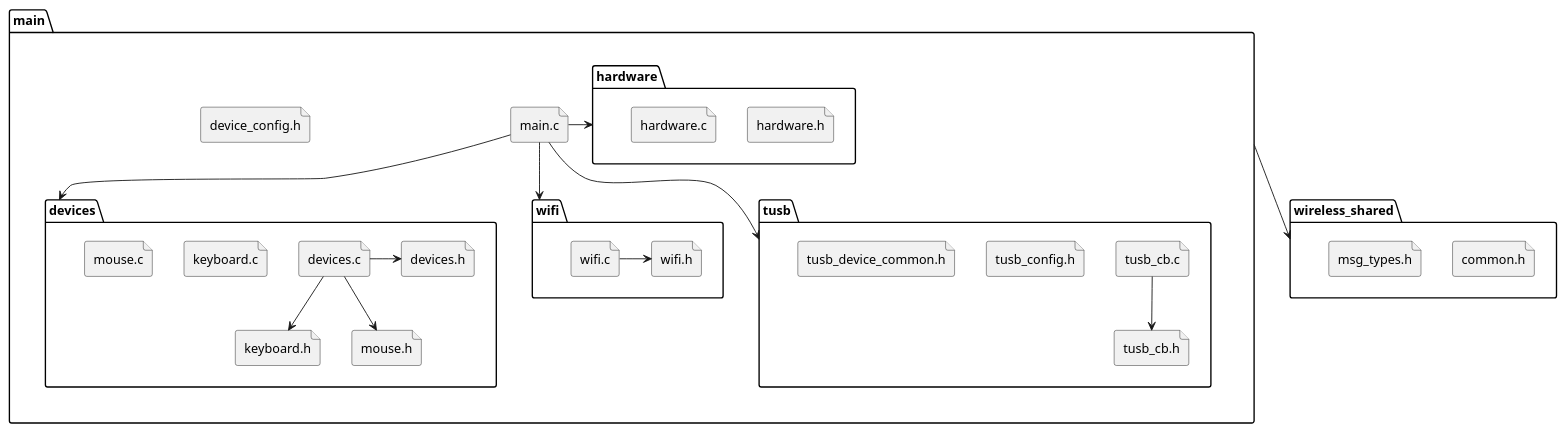
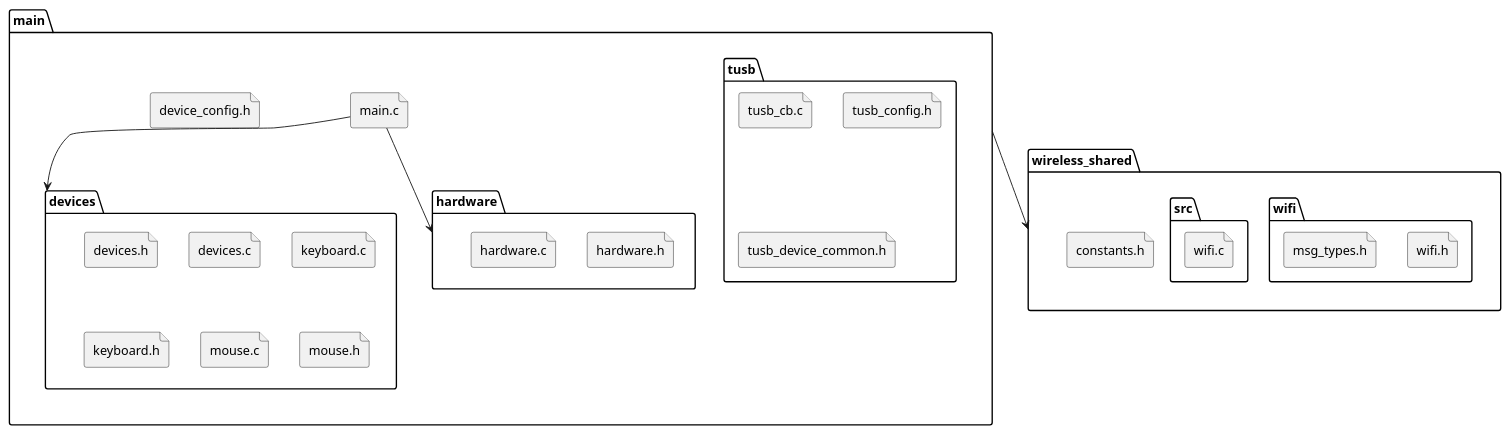
One commit to AndrewTheeFirst/WirelessAdapter changed the diagram in wireless_receiver-2.0/structure.puml. Above: the diagram before and after it, drawn with PlantUML. The commit also changed 1 other file, not shown here.

Commit message:
Updated to align with current architecture.

```diff
--- a/wireless_receiver-2.0/structure.puml
+++ b/wireless_receiver-2.0/structure.puml
@@ -1,52 +1,43 @@
 @startuml wireless-receiver-2.0
 
 package wireless_shared{
-    file common.h
-    file msg_types.h
+    file constants.h
+    folder wifi{
+        file wifi.h
+        file msg_types.h
+    }
+    folder src{
+        file wifi.c
+    }
 }
 
-package main{
-    package devices{
+folder main{
+    folder devices{
         file devices.h
         file devices.c
         file keyboard.c
         file keyboard.h
         file mouse.c
         file mouse.h
     }
 
-    package hardware{
+    folder hardware{
         file hardware.h
         file hardware.c
     }
 
-    package wifi{
-        file wifi.h
-        file wifi.c
-    }
-
-    package tusb{
+    folder tusb{
         file tusb_cb.c
-        file tusb_cb.h
         file tusb_config.h
         file tusb_device_common.h
     }
     file main.c
     file device_config.h
 }
-tusb_cb.c-->tusb_cb.h
 
-wifi.c->wifi.h
-
-main.c-->wifi
-main.c->hardware
+main.c-->hardware
 main.c-->devices
-main.c-->tusb
-
-devices.c-->keyboard.h
-devices.c-->mouse.h
-devices.c->devices.h
 
 main-->wireless_shared
 
 @enduml
```
